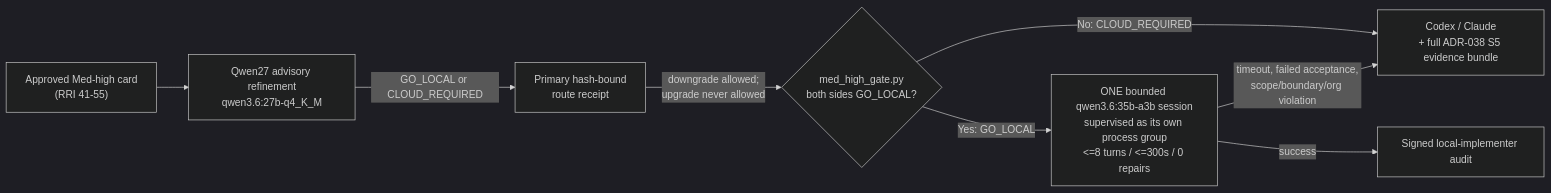
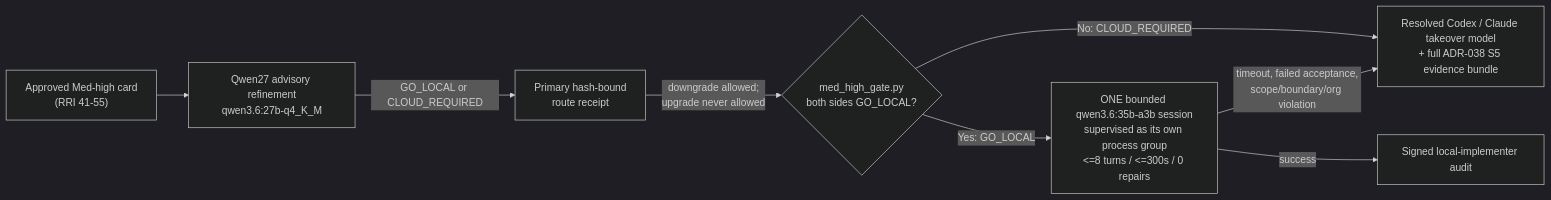
The diagram in AGENTS.override.md (krukmat/dubbridge), drawn with Mermaid (dark theme) before and after one commit. The commit also changed other lines of this file and 20 other files, not shown here.

````diff
--- a/AGENTS.override.md
+++ b/AGENTS.override.md
@@ -643,10 +658,10 @@
 ```mermaid
 flowchart LR
     Card["Approved Med-high card\n(RRI 41-55)"] --> Q27["Qwen27 advisory refinement\nqwen3.6:27b-q4_K_M"]
     Q27 -->|GO_LOCAL or CLOUD_REQUIRED| Receipt["Primary hash-bound\nroute receipt"]
     Receipt -->|"downgrade allowed;\nupgrade never allowed"| Gate{"med_high_gate.py\nboth sides GO_LOCAL?"}
-    Gate -->|No: CLOUD_REQUIRED| Cloud["Codex / Claude\n+ full ADR-038 S5 evidence bundle"]
+    Gate -->|No: CLOUD_REQUIRED| Cloud["Resolved Codex / Claude takeover model\n+ full ADR-038 S5 evidence bundle"]
     Gate -->|Yes: GO_LOCAL| Runner["ONE bounded qwen3.6:35b-a3b session\nsupervised as its own process group\n<=8 turns / <=300s / 0 repairs"]
     Runner -->|success| Done["Signed local-implementer audit"]
     Runner -->|timeout, failed acceptance,\nscope/boundary/org violation| Cloud
 ```
````
